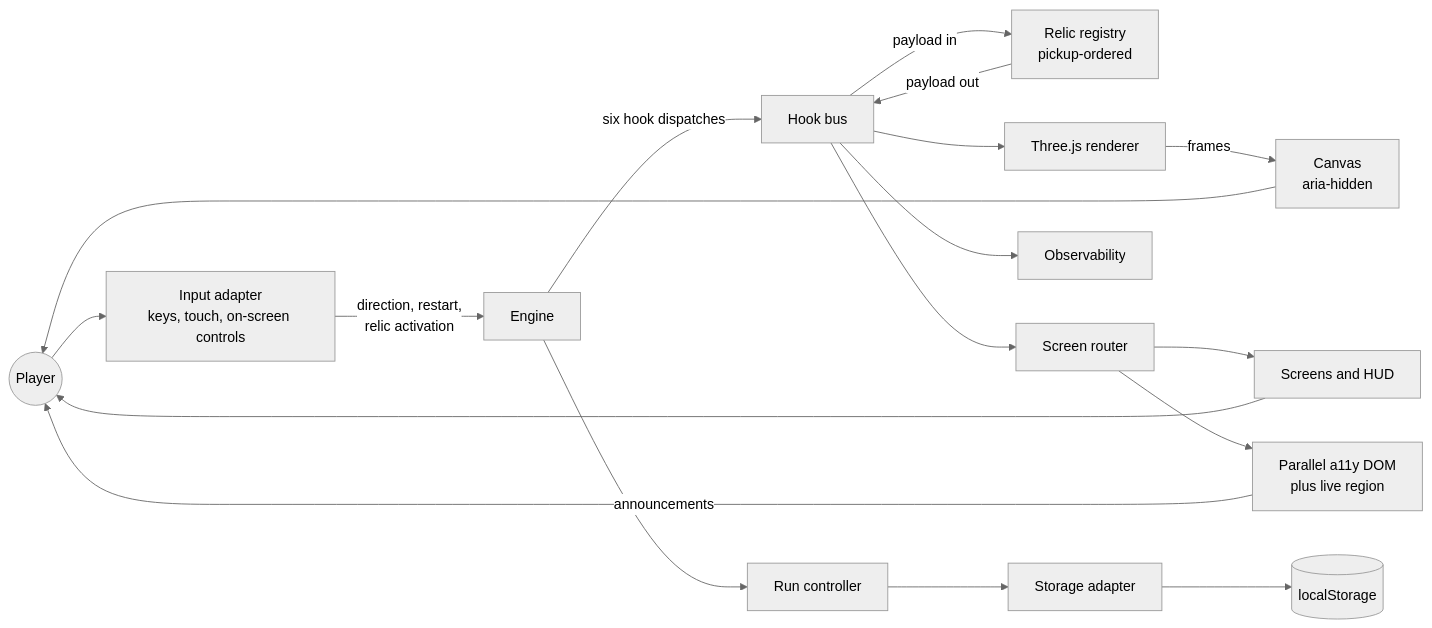
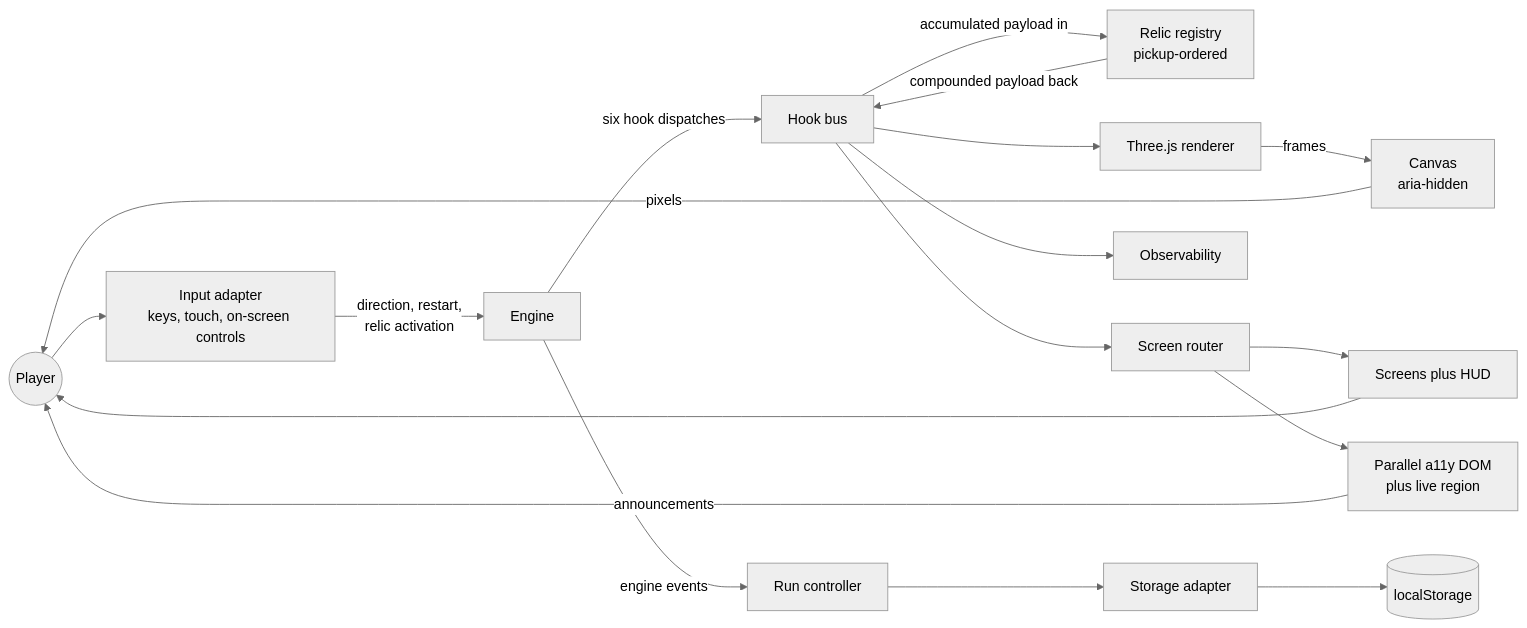
Before and after one commit to blitzy-public-samples/2048: the diagram in docs/architecture/component-interaction.md, drawn with Mermaid (neutral theme). The commit also changed other lines of this file and 6 other files, not shown here.

First line of the commit message:
Publish the turn, determinism and screen-flow architecture figures

````diff
--- a/docs/architecture/component-interaction.md
+++ b/docs/architecture/component-interaction.md
@@ -34,21 +31,21 @@
 ```mermaid
 graph LR
-    P((Player))
-    P --> IN2["Input adapter<br/>keys, touch, on-screen controls"]
-    IN2 -->|"direction, restart,<br/>relic activation"| ENG2["Engine"]
-    ENG2 -->|"six hook dispatches"| BUS2["Hook bus"]
-    BUS2 -->|"payload in"| REL2["Relic registry<br/>pickup-ordered"]
-    REL2 -->|"payload out"| BUS2
-    BUS2 --> REND2["Three.js renderer"]
-    BUS2 --> RT["Screen router"]
-    BUS2 --> OBS2["Observability"]
-    REND2 -->|"frames"| CANVAS["Canvas<br/>aria-hidden"]
-    RT --> DOMUI["Screens and HUD"]
-    RT --> A11Y["Parallel a11y DOM<br/>plus live region"]
-    ENG2 --> RUNC["Run controller"]
-    RUNC --> STOR["Storage adapter"]
-    STOR --> LS[("localStorage")]
-    CANVAS --> P
-    DOMUI --> P
-    A11Y -->|"announcements"| P
+  P((Player))
+  P --> IN2["Input adapter<br/>keys, touch, on-screen controls"]
+  IN2 -->|"direction, restart,<br/>relic activation"| ENG2["Engine"]
+  ENG2 -->|"six hook dispatches"| BUS2["Hook bus"]
+  BUS2 -->|"accumulated payload in"| REL2["Relic registry<br/>pickup-ordered"]
+  REL2 -->|"compounded payload back"| BUS2
+  BUS2 --> REND2["Three.js renderer"]
+  BUS2 --> RT["Screen router"]
+  BUS2 --> OBS2["Observability"]
+  REND2 -->|"frames"| CANVAS["Canvas<br/>aria-hidden"]
+  RT --> DOMUI["Screens plus HUD"]
+  RT --> A11Y["Parallel a11y DOM<br/>plus live region"]
+  ENG2 -->|"engine events"| RUNC["Run controller"]
+  RUNC --> STOR["Storage adapter"]
+  STOR --> LS[("localStorage")]
+  CANVAS -->|"pixels"| P
+  DOMUI --> P
+  A11Y -->|"announcements"| P
 ```
````
